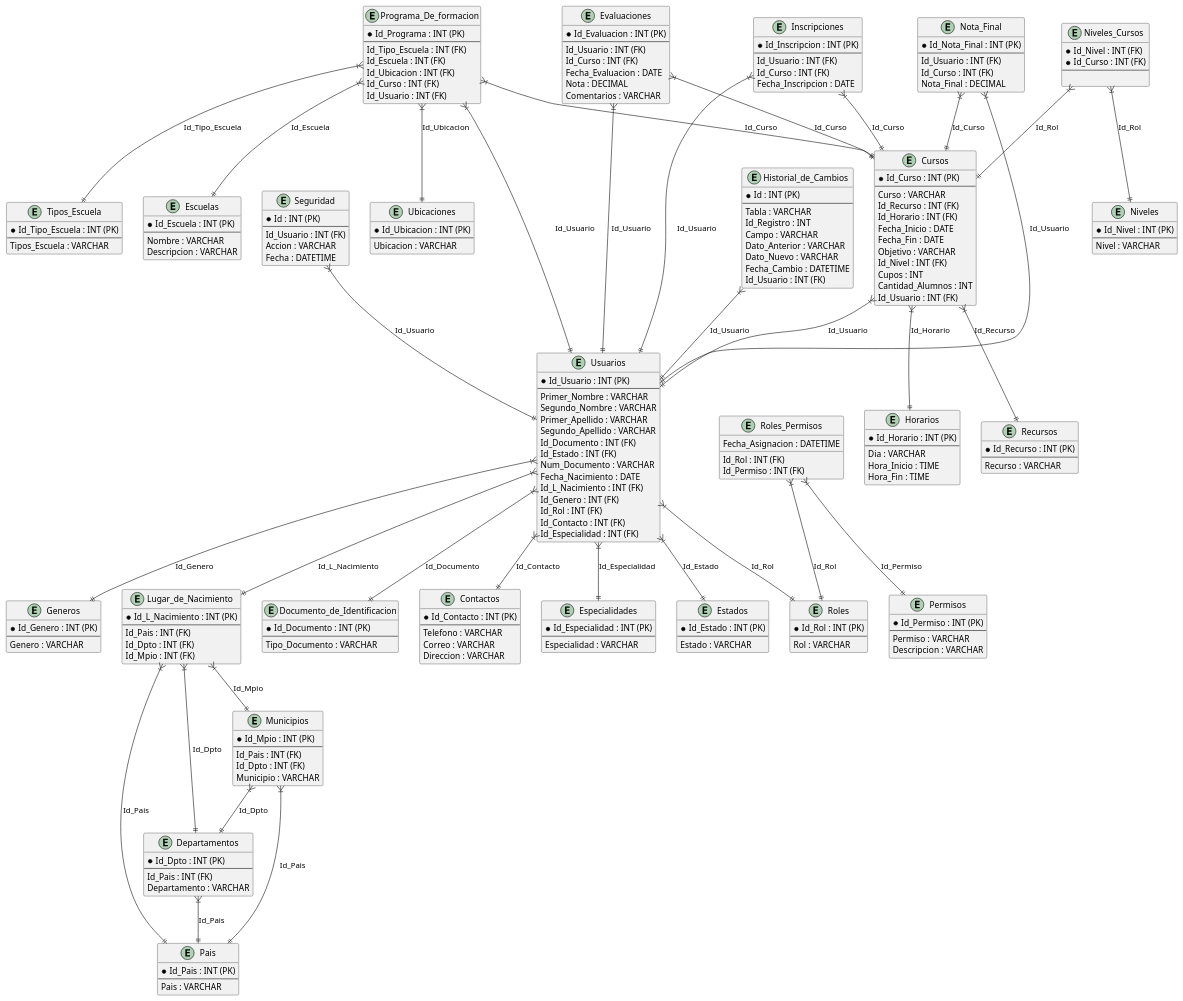
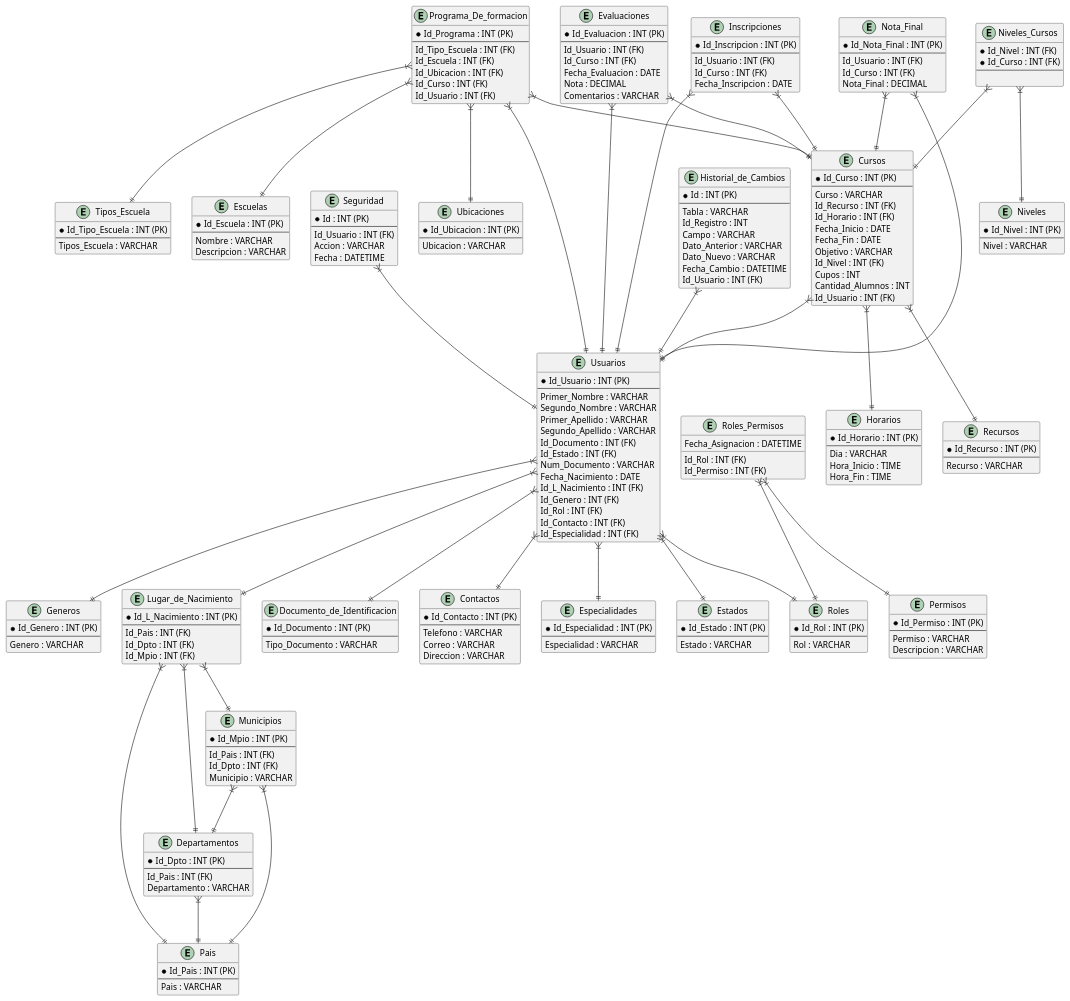
Before and after one commit to nicoRincon/CulturaTibacuy: the diagram in diagramas/modeloclass.puml, drawn with PlantUML.

Commit message:
Actualiza el diagrama de clases para reflejar relaciones sin etiquetas en el modelo de datos

```diff
--- a/diagramas/modeloclass.puml
+++ b/diagramas/modeloclass.puml
@@ -1,4 +1,4 @@
-@startuml
+@startuml ModeloClass
 entity Escuelas {
   *Id_Escuela : INT (PK)
   --
@@ -215,39 +215,39 @@
   Fecha_Asignacion : DATETIME
 }
 
-Usuarios }|--|| Documento_de_Identificacion : "Id_Documento"
-Usuarios }|--|| Estados : "Id_Estado"
-Usuarios }|--|| Lugar_de_Nacimiento : "Id_L_Nacimiento"
-Usuarios }|--|| Generos : "Id_Genero"
-Usuarios }|--|| Roles : "Id_Rol"
-Usuarios }|--|| Contactos : "Id_Contacto"
-Usuarios }|--|| Especialidades : "Id_Especialidad"
-Lugar_de_Nacimiento }|--|| Pais : "Id_Pais"
-Lugar_de_Nacimiento }|--|| Departamentos : "Id_Dpto"
-Lugar_de_Nacimiento }|--|| Municipios : "Id_Mpio"
-Cursos }|--|| Recursos : "Id_Recurso"
-Cursos }|--|| Horarios : "Id_Horario"
-Cursos }|--|| Usuarios : "Id_Usuario"
-Niveles_Cursos }|--|| Niveles : "Id_Rol"
-Niveles_Cursos }|--|| Cursos : "Id_Rol"
-Programa_De_formacion }|--|| Tipos_Escuela : "Id_Tipo_Escuela"
-Programa_De_formacion }|--|| Escuelas : "Id_Escuela"
-Programa_De_formacion }|--|| Ubicaciones : "Id_Ubicacion"
-Programa_De_formacion }|--|| Cursos : "Id_Curso"
-Programa_De_formacion }|--|| Usuarios : "Id_Usuario"
-Departamentos }|--|| Pais : "Id_Pais"
-Municipios }|--|| Pais : "Id_Pais"
-Municipios }|--|| Departamentos : "Id_Dpto"
-Inscripciones }|--|| Usuarios : "Id_Usuario"
-Inscripciones }|--|| Cursos : "Id_Curso"
-Evaluaciones }|--|| Usuarios : "Id_Usuario"
-Evaluaciones }|--|| Cursos : "Id_Curso"
-Nota_Final }|--|| Usuarios : "Id_Usuario"
-Nota_Final }|--|| Cursos : "Id_Curso"
-Historial_de_Cambios }|--|| Usuarios : "Id_Usuario"
-Seguridad }|--|| Usuarios : "Id_Usuario"
-Roles_Permisos }|--|| Roles : "Id_Rol"
-Roles_Permisos }|--|| Permisos : "Id_Permiso"
+Usuarios }|--|| Documento_de_Identificacion : ""
+Usuarios }|--|| Estados : ""
+Usuarios }|--|| Lugar_de_Nacimiento : ""
+Usuarios }|--|| Generos : ""
+Usuarios }|--|| Roles : ""
+Usuarios }|--|| Contactos : ""
+Usuarios }|--|| Especialidades : ""
+Lugar_de_Nacimiento }|--|| Pais : ""
+Lugar_de_Nacimiento }|--|| Departamentos : ""
+Lugar_de_Nacimiento }|--|| Municipios : ""
+Cursos }|--|| Recursos : ""
+Cursos }|--|| Horarios : ""
+Cursos }|--|| Usuarios : ""
+Niveles_Cursos }|--|| Niveles : ""
+Niveles_Cursos }|--|| Cursos : ""
+Programa_De_formacion }|--|| Tipos_Escuela : ""
+Programa_De_formacion }|--|| Escuelas : ""
+Programa_De_formacion }|--|| Ubicaciones : ""
+Programa_De_formacion }|--|| Cursos : ""
+Programa_De_formacion }|--|| Usuarios : ""
+Departamentos }|--|| Pais : ""
+Municipios }|--|| Pais : ""
+Municipios }|--|| Departamentos : ""
+Inscripciones }|--|| Usuarios : ""
+Inscripciones }|--|| Cursos : ""
+Evaluaciones }|--|| Usuarios : ""
+Evaluaciones }|--|| Cursos : ""
+Nota_Final }|--|| Usuarios : ""
+Nota_Final }|--|| Cursos : ""
+Historial_de_Cambios }|--|| Usuarios : ""
+Seguridad }|--|| Usuarios : ""
+Roles_Permisos }|--|| Roles : ""
+Roles_Permisos }|--|| Permisos : ""
 
 
 @enduml
```
